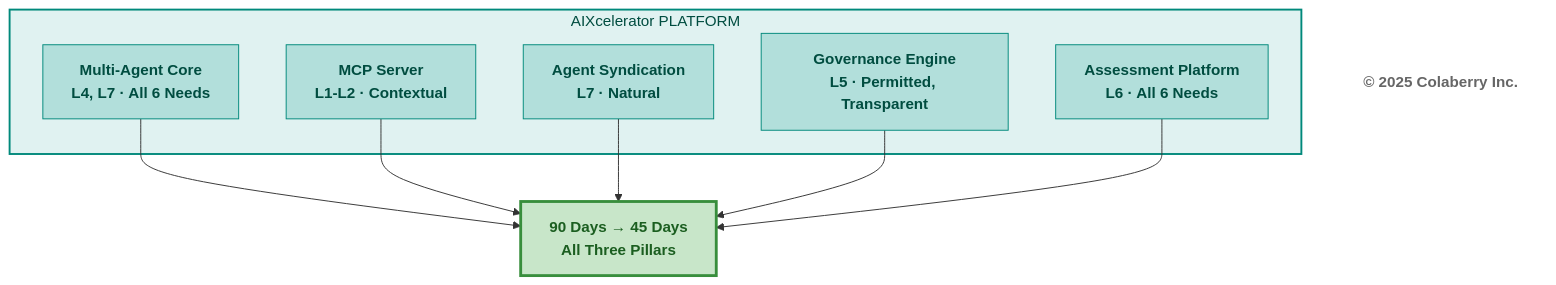
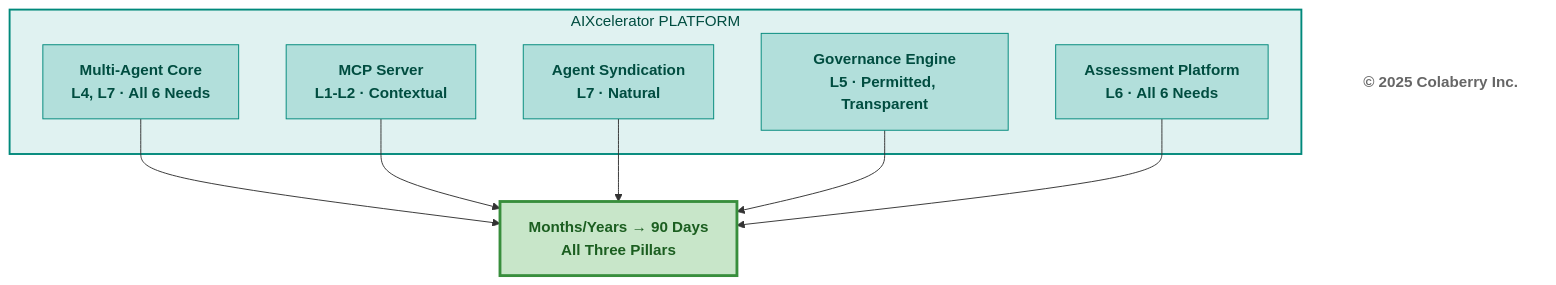
The sixth of 6 diagrams in manuscript/13_chapter_12_running_agents_at_scale.md (saitejesh-cyber/trust-before-intelligence-book), drawn with Mermaid before and after one commit. The commit also changed other lines of this file and 13 other files, not shown here.

````diff
--- a/manuscript/13_chapter_12_running_agents_at_scale.md
+++ b/manuscript/13_chapter_12_running_agents_at_scale.md
@@ -1024,27 +1024,27 @@
 ```mermaid
 graph TD
     subgraph PLATFORM["AIXcelerator PLATFORM"]
         C1["<b>Multi-Agent Core</b><br/><b>L4, L7 · All 6 Needs</b>"]
         C2["<b>MCP Server</b><br/><b>L1-L2 · Contextual</b>"]
         C3["<b>Agent Syndication</b><br/><b>L7 · Natural</b>"]
         C4["<b>Governance Engine</b><br/><b>L5 · Permitted, Transparent</b>"]
         C5["<b>Assessment Platform</b><br/><b>L6 · All 6 Needs</b>"]
     end
     
-    C1 --> RESULT["<b>90 Days → 45 Days</b><br/><b>All Three Pillars</b>"]
+C1 --> RESULT["<b>Months/Years → 90 Days</b><br/><b>All Three Pillars</b>"]
     C2 --> RESULT
     C3 --> RESULT
     C4 --> RESULT
     C5 --> RESULT
     
     Copyright["<b>© 2025 Colaberry Inc.</b>"]
     
     style PLATFORM fill:#e0f2f1,stroke:#00897b,stroke-width:2px,color:#004d40
     style C1 fill:#b2dfdb,stroke:#00897b,color:#004d40
     style C2 fill:#b2dfdb,stroke:#00897b,color:#004d40
     style C3 fill:#b2dfdb,stroke:#00897b,color:#004d40
     style C4 fill:#b2dfdb,stroke:#00897b,color:#004d40
     style C5 fill:#b2dfdb,stroke:#00897b,color:#004d40
     style RESULT fill:#c8e6c9,stroke:#388e3c,stroke-width:3px,color:#1b5e20
     style Copyright fill:#ffffff,stroke:none,color:#666666
 ```
````
